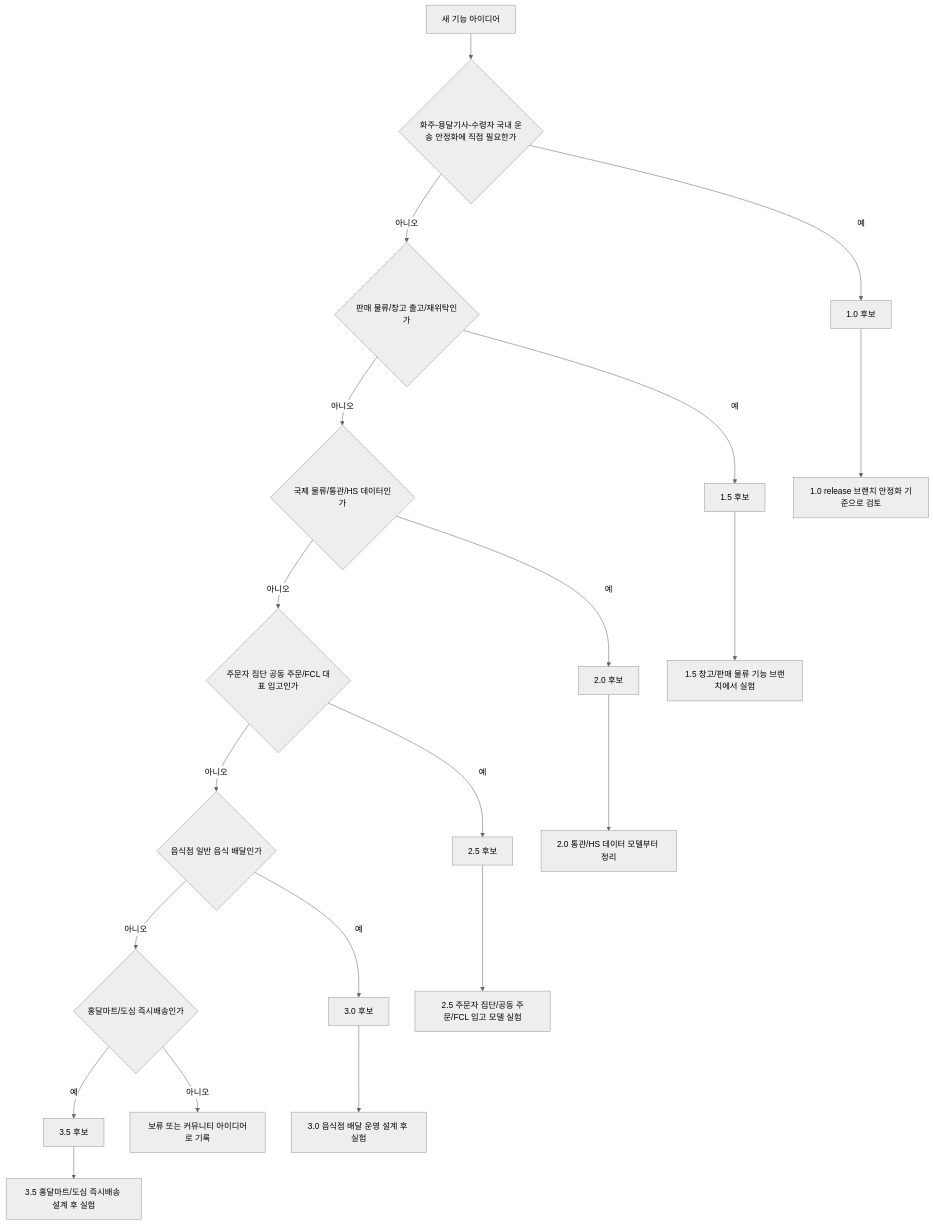
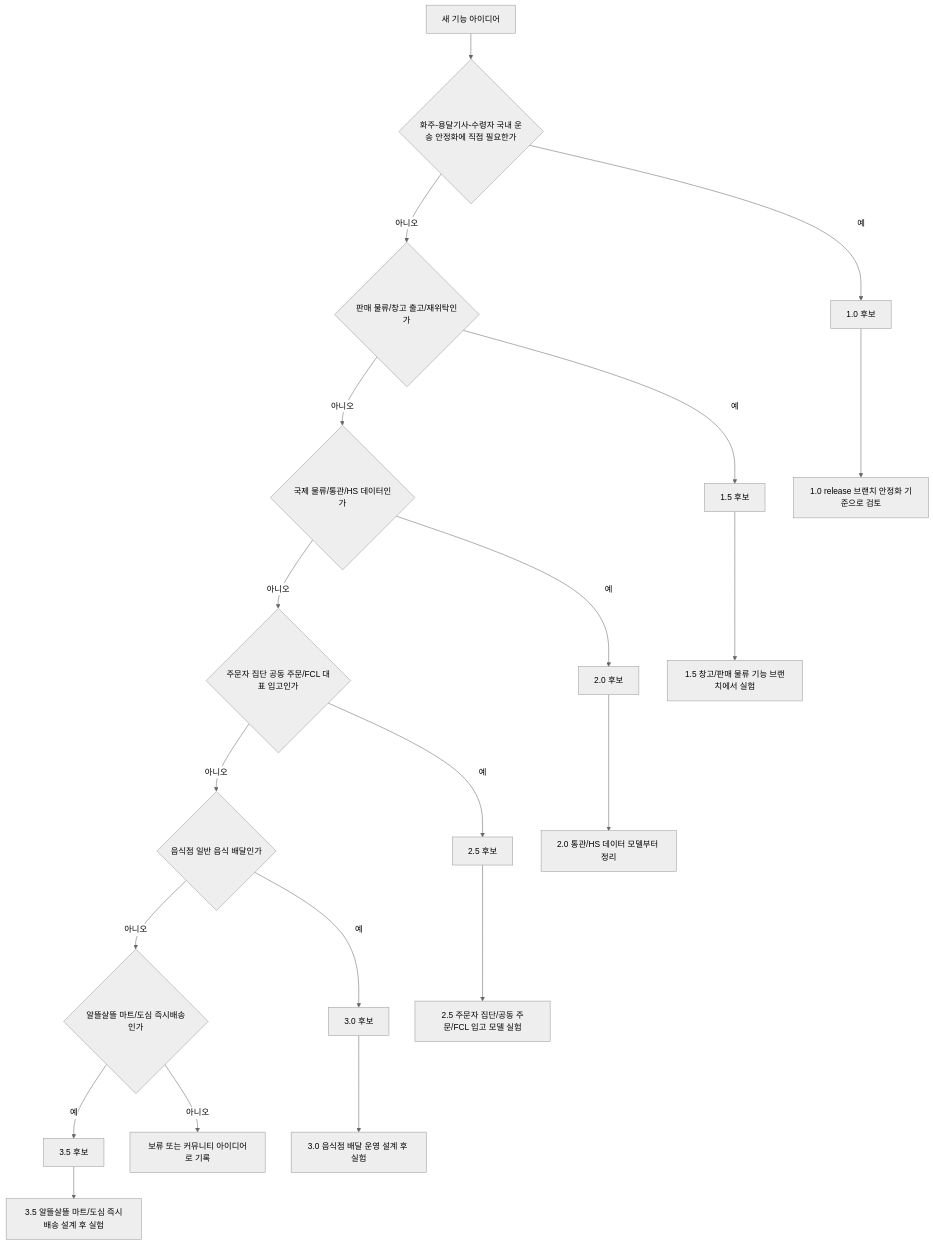
The second of 14 diagrams in Hongdal/README.md (cheolwo/hongdal), drawn with Mermaid (neutral theme) before and after one commit. The commit also changed other lines of this file and 39 other files, not shown here.

````diff
--- a/Hongdal/README.md
+++ b/Hongdal/README.md
@@ -113,22 +119,22 @@
 ```mermaid
 flowchart TD
     A["새 기능 아이디어"] --> B{"화주-용달기사-수령자 국내 운송 안정화에 직접 필요한가"}
     B -->|예| C["1.0 후보"]
     B -->|아니오| F{"판매 물류/창고 출고/재위탁인가"}
     F -->|예| G["1.5 후보"]
     F -->|아니오| D{"국제 물류/통관/HS 데이터인가"}
     D -->|예| E["2.0 후보"]
     D -->|아니오| O{"주문자 집단 공동 주문/FCL 대표 입고인가"}
     O -->|예| P["2.5 후보"]
     O -->|아니오| H{"음식점 일반 음식 배달인가"}
     H -->|예| L["3.0 후보"]
-    H -->|아니오| R{"홍달마트/도심 즉시배송인가"}
+    H -->|아니오| R{"알뜰살뜰 마트/도심 즉시배송인가"}
     R -->|예| S["3.5 후보"]
     R -->|아니오| M["보류 또는 커뮤니티 아이디어로 기록"]
     C --> I["1.0 release 브랜치 안정화 기준으로 검토"]
     E --> J["2.0 통관/HS 데이터 모델부터 정리"]
     G --> K["1.5 창고/판매 물류 기능 브랜치에서 실험"]
     P --> Q["2.5 주문자 집단/공동 주문/FCL 입고 모델 실험"]
     L --> N["3.0 음식점 배달 운영 설계 후 실험"]
-    S --> T["3.5 홍달마트/도심 즉시배송 설계 후 실험"]
+    S --> T["3.5 알뜰살뜰 마트/도심 즉시배송 설계 후 실험"]
 ```
````
